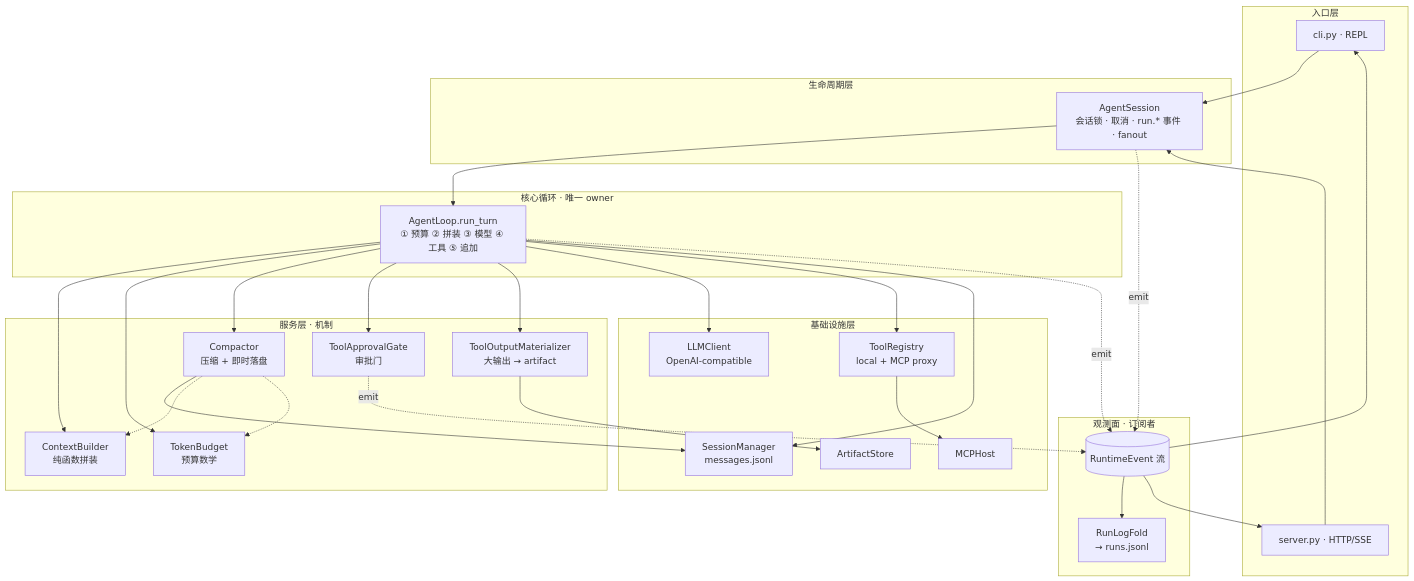
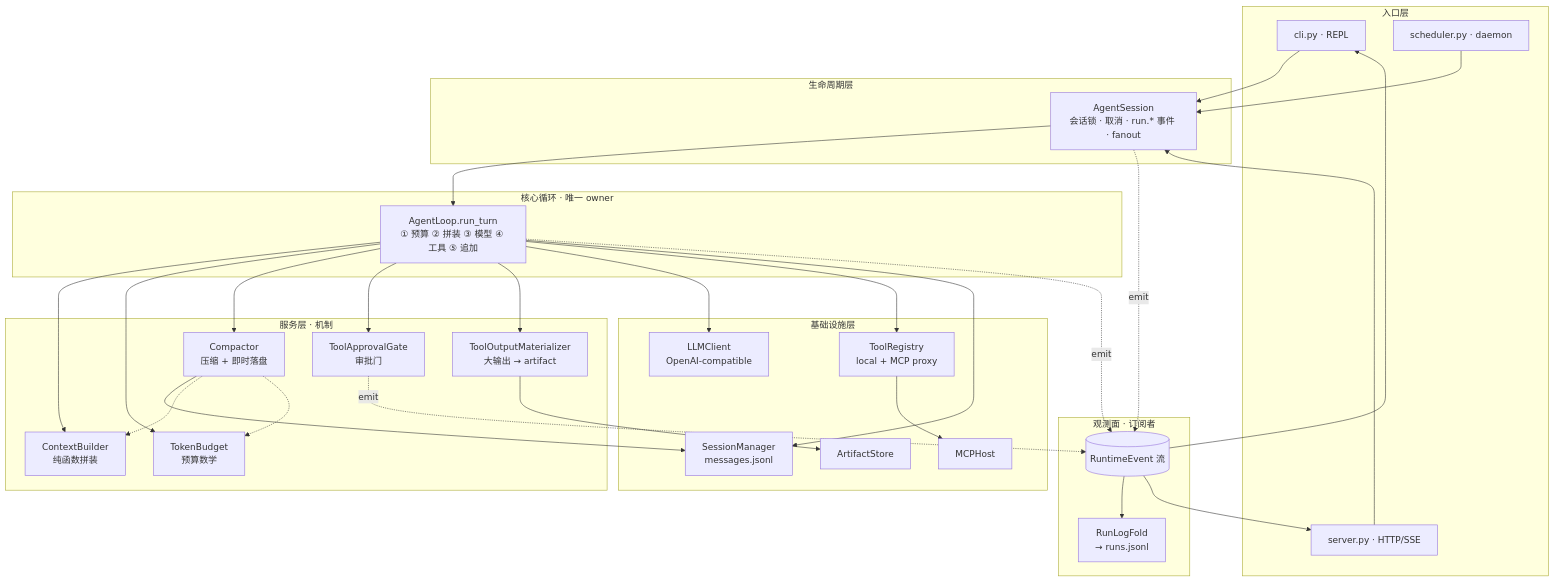
The first of 3 diagrams in docs/architecture.md (Jiminyang1/minibot), drawn with Mermaid before and after one commit. The commit also changed other lines of this file and 4 other files, not shown here.

````diff
--- a/docs/architecture.md
+++ b/docs/architecture.md
@@ -11,52 +11,54 @@
 ```mermaid
 flowchart TB
     subgraph entry [入口层]
         CLI[cli.py · REPL]
         SRV[server.py · HTTP/SSE]
+        SCHED[scheduler.py · daemon]
     end
 
     subgraph lifecycle [生命周期层]
         AS["AgentSession<br/>会话锁 · 取消 · run.* 事件 · fanout"]
     end
 
     subgraph loop [核心循环 · 唯一 owner]
         AL["AgentLoop.run_turn<br/>① 预算 ② 拼装 ③ 模型 ④ 工具 ⑤ 追加"]
     end
 
     subgraph services [服务层 · 机制]
         CB["ContextBuilder<br/>纯函数拼装"]
         TB["TokenBudget<br/>预算数学"]
         CP["Compactor<br/>压缩 + 即时落盘"]
         GATE["ToolApprovalGate<br/>审批门"]
         MAT["ToolOutputMaterializer<br/>大输出 → artifact"]
     end
 
     subgraph infra [基础设施层]
         SM["SessionManager<br/>messages.jsonl"]
         TRG["ToolRegistry<br/>local + MCP proxy"]
         LLM["LLMClient<br/>OpenAI-compatible"]
         MCP[MCPHost]
         ART[ArtifactStore]
     end
 
     subgraph obs [观测面 · 订阅者]
         EV[("RuntimeEvent 流")]
         FOLD["RunLogFold<br/>→ runs.jsonl"]
     end
 
     CLI --> AS
     SRV --> AS
+    SCHED --> AS
     AS --> AL
     AL --> CB & TB & CP & GATE & MAT
     AL --> LLM
     AL --> TRG
     AL --> SM
     CP --> SM
     CP -.-> CB & TB
     MAT --> ART
     TRG --> MCP
     AL -. emit .-> EV
     AS -. emit .-> EV
     GATE -. emit .-> EV
     EV --> FOLD & CLI & SRV
 ```
````
